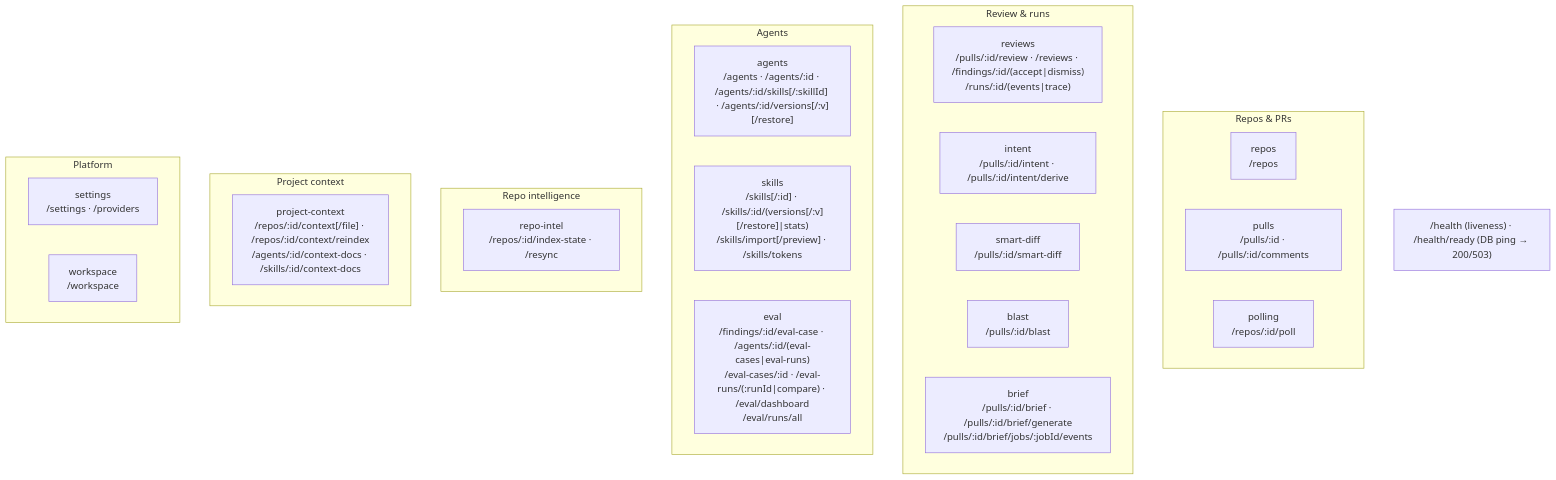
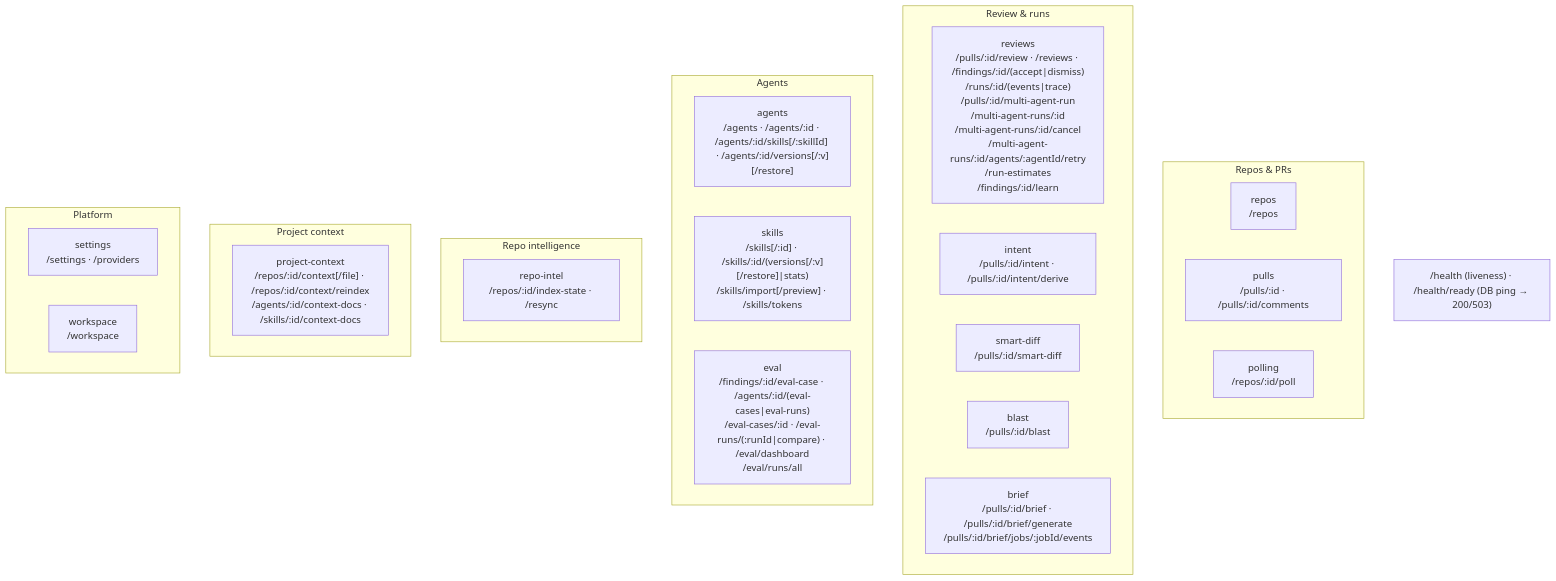
The second of 2 diagrams in server/README.md (shofulk/dev-digest), drawn with Mermaid before and after one commit. The commit also changed other lines of this file and 139 other files, not shown here.

````diff
--- a/server/README.md
+++ b/server/README.md
@@ -64,31 +64,31 @@
 ```mermaid
 flowchart TB
   subgraph Repos_PRs["Repos & PRs"]
     repos["repos<br/>/repos"]
     pulls["pulls<br/>/pulls/:id · /pulls/:id/comments"]
     polling["polling<br/>/repos/:id/poll"]
   end
   subgraph Review["Review & runs"]
-    reviews["reviews<br/>/pulls/:id/review · /reviews · /findings/:id/(accept|dismiss)<br/>/runs/:id/(events|trace)"]
+    reviews["reviews<br/>/pulls/:id/review · /reviews · /findings/:id/(accept|dismiss)<br/>/runs/:id/(events|trace)<br/>/pulls/:id/multi-agent-run<br/>/multi-agent-runs/:id<br/>/multi-agent-runs/:id/cancel<br/>/multi-agent-runs/:id/agents/:agentId/retry<br/>/run-estimates<br/>/findings/:id/learn"]
     intent["intent<br/>/pulls/:id/intent · /pulls/:id/intent/derive"]
     smartDiff["smart-diff<br/>/pulls/:id/smart-diff"]
     blast["blast<br/>/pulls/:id/blast"]
     brief["brief<br/>/pulls/:id/brief · /pulls/:id/brief/generate<br/>/pulls/:id/brief/jobs/:jobId/events"]
   end
   subgraph Agents["Agents"]
     agents["agents<br/>/agents · /agents/:id · /agents/:id/skills[/:skillId] · /agents/:id/versions[/:v][/restore]"]
     skills["skills<br/>/skills[/:id] · /skills/:id/(versions[/:v][/restore]|stats)<br/>/skills/import[/preview] · /skills/tokens"]
     evals["eval<br/>/findings/:id/eval-case · /agents/:id/(eval-cases|eval-runs)<br/>/eval-cases/:id · /eval-runs/(:runId|compare) · /eval/dashboard<br/>/eval/runs/all"]
   end
   subgraph Intel["Repo intelligence"]
     repoIntel["repo-intel<br/>/repos/:id/index-state · /resync"]
   end
   subgraph ProjectContext["Project context"]
     projectContext["project-context<br/>/repos/:id/context[/file] · /repos/:id/context/reindex<br/>/agents/:id/context-docs · /skills/:id/context-docs"]
   end
   subgraph Platform["Platform"]
     settings["settings<br/>/settings · /providers"]
     workspace["workspace<br/>/workspace"]
   end
   HEALTH["/health (liveness) · /health/ready (DB ping → 200/503)"]
 ```
````
